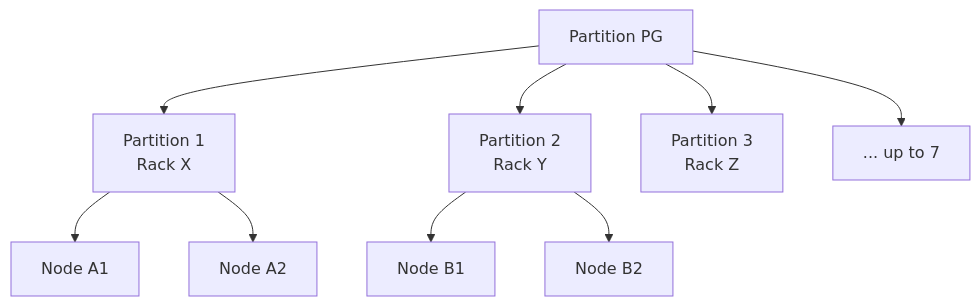
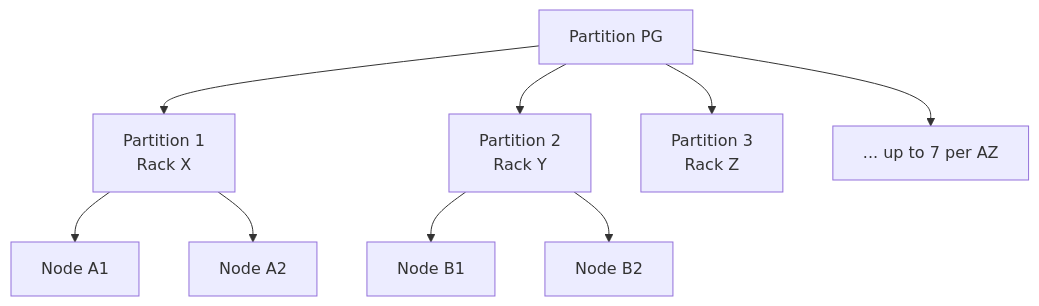
One commit to vijayclarion/architecturestudy changed the sixth of 7 diagrams in AWS-SAP-C02-Study-Notes/03-Compute-Storage/02-placement-groups.md. Above: the diagram before and after it, drawn with Mermaid. The commit also changed other lines of this file and 119 other files, not shown here.

````diff
--- a/AWS-SAP-C02-Study-Notes/03-Compute-Storage/02-placement-groups.md
+++ b/AWS-SAP-C02-Study-Notes/03-Compute-Storage/02-placement-groups.md
@@ -82,13 +203,13 @@
 ```mermaid
 flowchart TB
     PG[Partition PG]
     PG --> P1[Partition 1<br/>Rack X]
     PG --> P2[Partition 2<br/>Rack Y]
     PG --> P3[Partition 3<br/>Rack Z]
-    PG --> P4[... up to 7]
-    
+    PG --> P4[... up to 7 per AZ]
+
     P1 --> N1[Node A1]
     P1 --> N2[Node A2]
     P2 --> N3[Node B1]
     P2 --> N4[Node B2]
 ```
````
